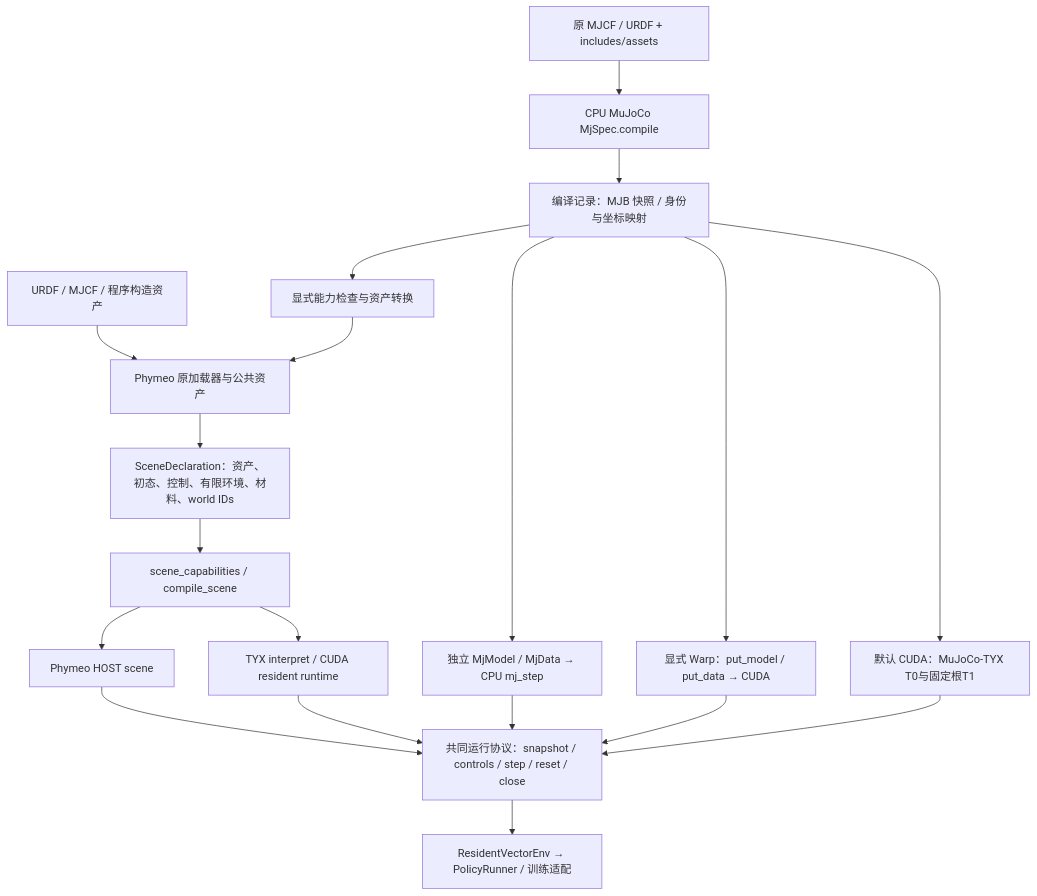
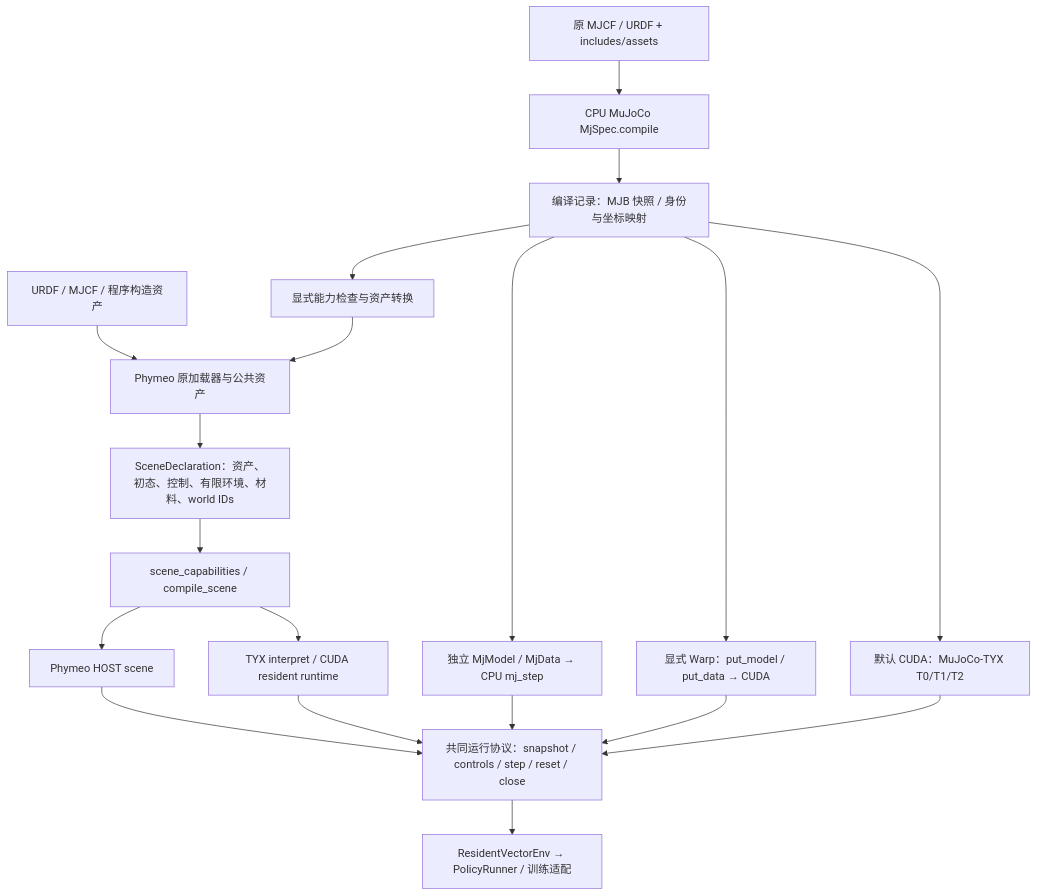
The diagram in docs/architecture/unified-scene-compilation.md (ChenxrC/phymeo), drawn with Mermaid before and after one commit. The commit also changed other lines of this file and 6 other files, not shown here.

````diff
--- a/docs/architecture/unified-scene-compilation.md
+++ b/docs/architecture/unified-scene-compilation.md
@@ -5,21 +5,21 @@
 ```mermaid
 flowchart TD
   A[URDF / MJCF / 程序构造资产] --> B[Phymeo 原加载器与公共资产]
   C[原 MJCF / URDF + includes/assets] --> D[CPU MuJoCo MjSpec.compile]
   D --> E[编译记录：MJB 快照 / 身份与坐标映射]
   E --> F[显式能力检查与资产转换]
   F --> B
   B --> G[SceneDeclaration：资产、初态、控制、有限环境、材料、world IDs]
   G --> H[scene_capabilities / compile_scene]
   H --> I[Phymeo HOST scene]
   H --> J[TYX interpret / CUDA resident runtime]
   E --> K[独立 MjModel / MjData → CPU mj_step]
   E --> L[显式 Warp：put_model / put_data → CUDA]
-  E --> T[默认 CUDA：MuJoCo-TYX T0与固定根T1]
+  E --> T[默认 CUDA：MuJoCo-TYX T0/T1/T2]
   I --> M[共同运行协议：snapshot / controls / step / reset / close]
   J --> M
   K --> M
   L --> M
   T --> M
   M --> N[ResidentVectorEnv → PolicyRunner / 训练适配]
 ```
````
